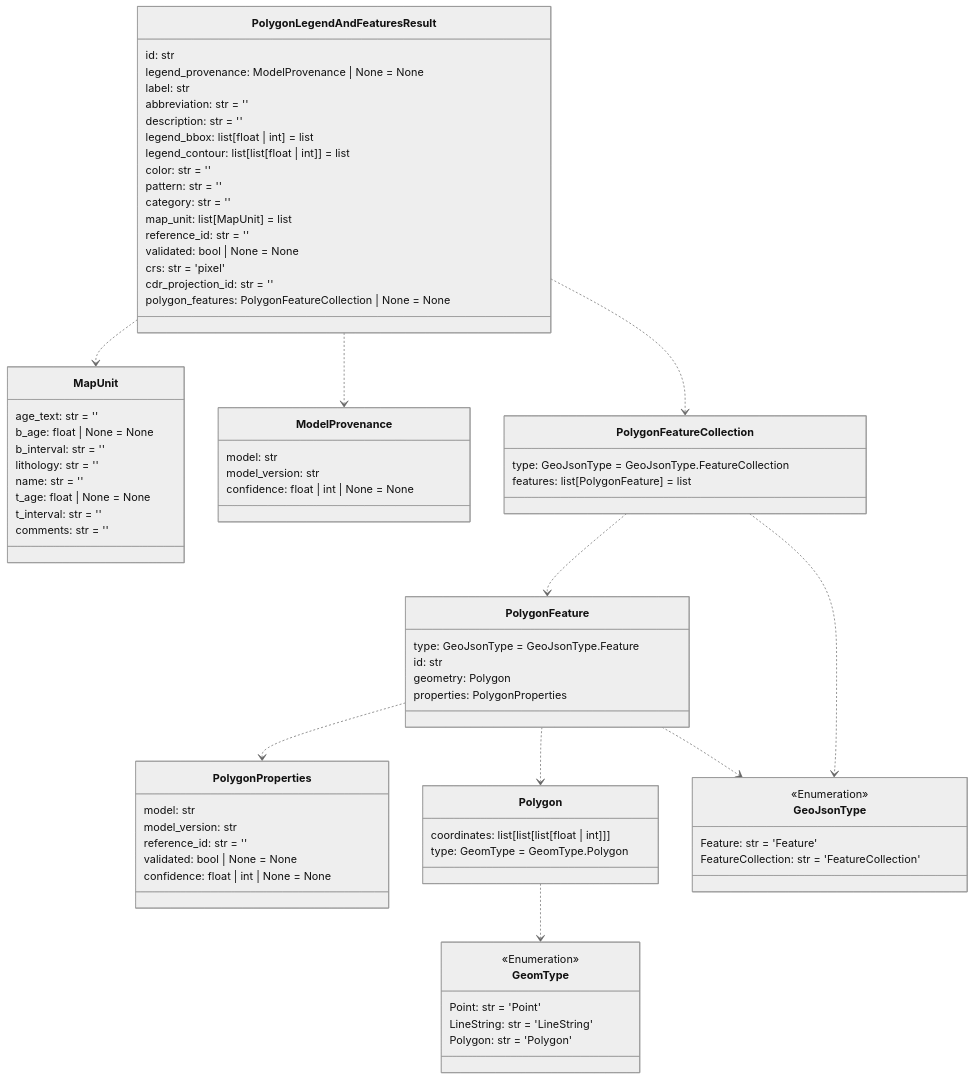
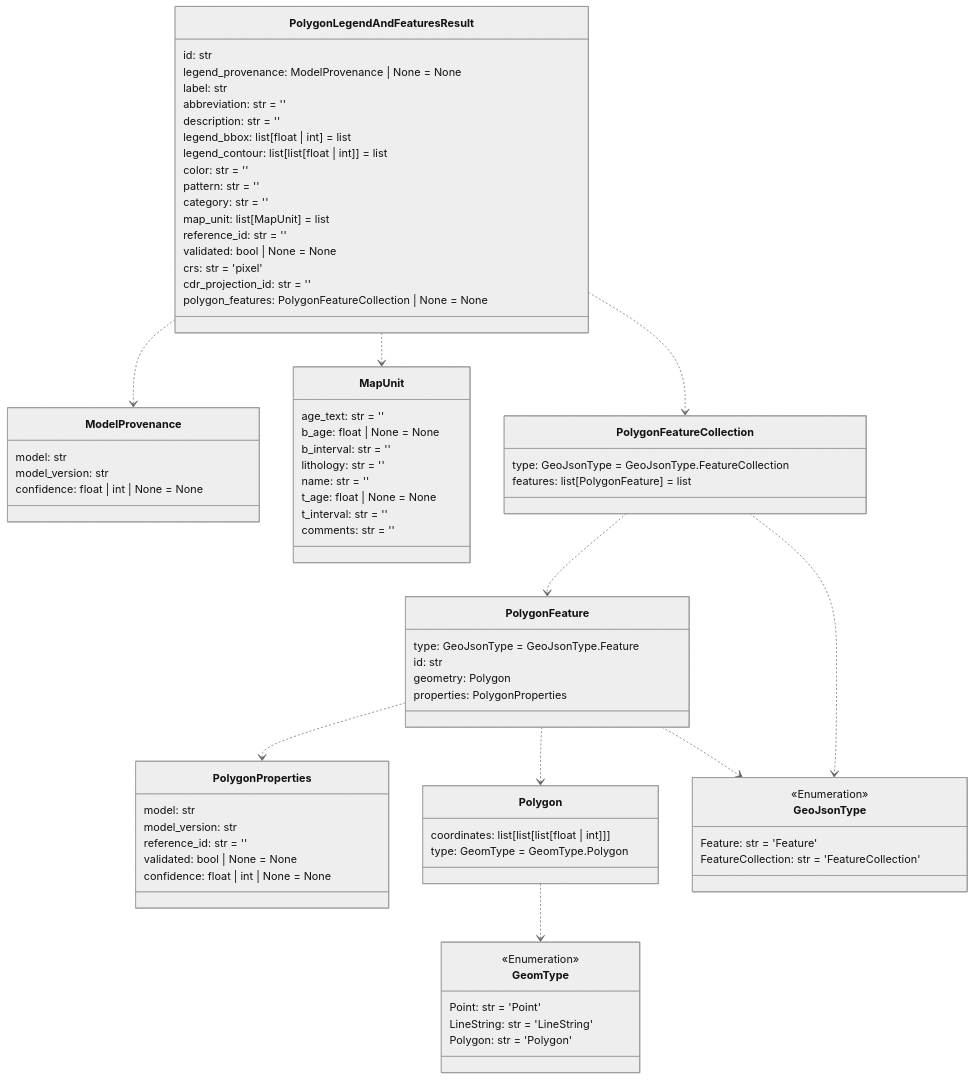
The seventh of 14 diagrams in README.md (DARPA-CRITICALMAAS/cdr_schemas), drawn with Mermaid (neutral theme) before and after one commit. The commit also changed other lines of this file and 3 other files, not shown here.

First line of the commit message:
Beak-TA3 BNN and SOM Schema Additions (#79)

````diff
--- a/README.md
+++ b/README.md
@@ -544,17 +544,11 @@
 ```mermaid
 classDiagram
 
-    class GeoJsonType {
-        <<Enumeration>>
-        Feature: str = 'Feature'
-        FeatureCollection: str = 'FeatureCollection'
-    }
-
-    class GeomType {
-        <<Enumeration>>
-        Point: str = 'Point'
-        LineString: str = 'LineString'
-        Polygon: str = 'Polygon'
+    class PolygonFeature {
+        type: GeoJsonType = GeoJsonType.Feature
+        id: str
+        geometry: Polygon
+        properties: PolygonProperties
     }
 
     class PolygonProperties {
@@ -563,13 +557,6 @@
         reference_id: str = ''
         validated: bool | None = None
         confidence: float | int | None = None
-    }
-
-    class PolygonFeature {
-        type: GeoJsonType = GeoJsonType.Feature
-        id: str
-        geometry: Polygon
-        properties: PolygonProperties
     }
 
     class MapUnit {
@@ -583,20 +570,10 @@
         comments: str = ''
     }
 
-    class Polygon {
-        coordinates: list[list[list[float | int]]]
-        type: GeomType = GeomType.Polygon
-    }
-
-    class ModelProvenance {
-        model: str
-        model_version: str
-        confidence: float | int | None = None
-    }
-
-    class PolygonFeatureCollection {
-        type: GeoJsonType = GeoJsonType.FeatureCollection
-        features: list[PolygonFeature] = list
+    class GeoJsonType {
+        <<Enumeration>>
+        Feature: str = 'Feature'
+        FeatureCollection: str = 'FeatureCollection'
     }
 
     class PolygonLegendAndFeaturesResult {
@@ -618,14 +595,37 @@
         polygon_features: PolygonFeatureCollection | None = None
     }
 
+    class Polygon {
+        coordinates: list[list[list[float | int]]]
+        type: GeomType = GeomType.Polygon
+    }
+
+    class ModelProvenance {
+        model: str
+        model_version: str
+        confidence: float | int | None = None
+    }
+
+    class GeomType {
+        <<Enumeration>>
+        Point: str = 'Point'
+        LineString: str = 'LineString'
+        Polygon: str = 'Polygon'
+    }
+
+    class PolygonFeatureCollection {
+        type: GeoJsonType = GeoJsonType.FeatureCollection
+        features: list[PolygonFeature] = list
+    }
+
     Polygon ..> GeomType
     PolygonFeature ..> PolygonProperties
     PolygonFeature ..> Polygon
     PolygonFeature ..> GeoJsonType
     PolygonFeatureCollection ..> PolygonFeature
     PolygonFeatureCollection ..> GeoJsonType
+    PolygonLegendAndFeaturesResult ..> ModelProvenance
     PolygonLegendAndFeaturesResult ..> MapUnit
-    PolygonLegendAndFeaturesResult ..> ModelProvenance
     PolygonLegendAndFeaturesResult ..> PolygonFeatureCollection
 
 
````
